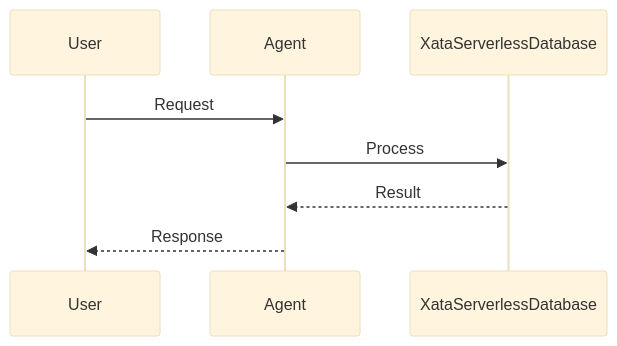
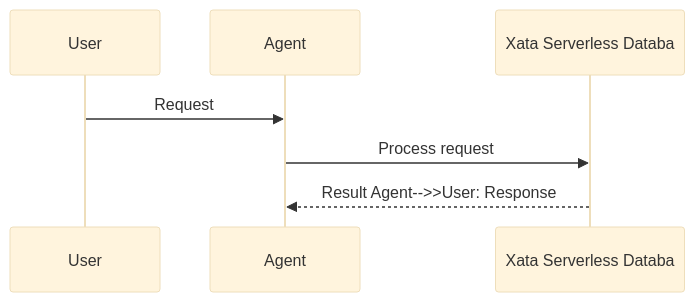
Before and after one commit to MervinPraison/PraisonAIDocs: the second of 2 diagrams in docs/features/xata.mdx, drawn with Mermaid (base theme). The commit also changed 204 other files, not shown here.

First line of the commit message:
docs: align feature/tool pages with AGENTS.md hero + sequence + import standards (fixes #1775)

````diff
--- a/docs/features/xata.mdx
+++ b/docs/features/xata.mdx
@@ -56,11 +56,10 @@
 ```mermaid
 sequenceDiagram
     participant User
     participant Agent
-    participant XataServerlessDatabase
+    participant Feature as Xata Serverless Databa
 
     User->>Agent: Request
-    Agent->>XataServerlessDatabase: Process
-    XataServerlessDatabase-->>Agent: Result
-    Agent-->>User: Response
+    Agent->>Feature: Process request
+    Feature-->>Agent: Result    Agent-->>User: Response
 ```
````
